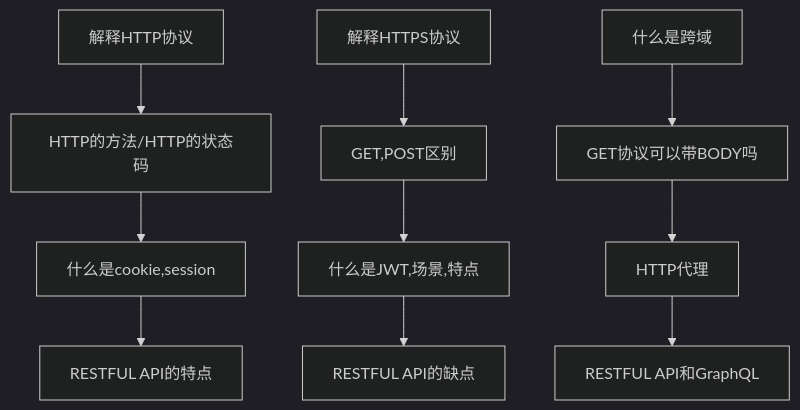
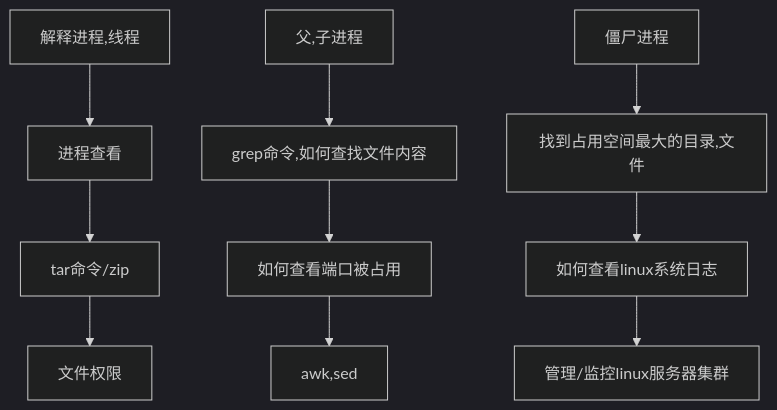
Before and after one commit to Roxas/article: diagram 11 of 15 in interview_flow.md, drawn with Mermaid (dark theme). The commit also changed other lines of this file, not shown here.

First line of the commit message:
update flow

````diff
--- a/interview_flow.md
+++ b/interview_flow.md
@@ -94,6 +126,6 @@
 ```mermaid
 graph TB
-    a[解释HTTP协议] --> d[HTTP的方法/HTTP的状态码] --> g[什么是cookie,session] --> j[RESTFUL API的特点]
-    b[解释HTTPS协议] --> e[GET,POST区别] --> h[什么是JWT,场景,特点] --> k[RESTFUL API的缺点]
-    c[什么是跨域] --> f[GET协议可以带BODY吗] --> i[HTTP代理] --> l[RESTFUL API和GraphQL]
+    a[解释进程,线程] --> d[进程查看] --> g[tar命令/zip] --> j[文件权限]
+    b[父,子进程] --> e[grep命令,如何查找文件内容] --> h[如何查看端口被占用] --> k[awk,sed]
+    c[僵尸进程] --> f[找到占用空间最大的目录,文件] --> i[如何查看linux系统日志] --> l[管理/监控linux服务器集群]
 ```
````
